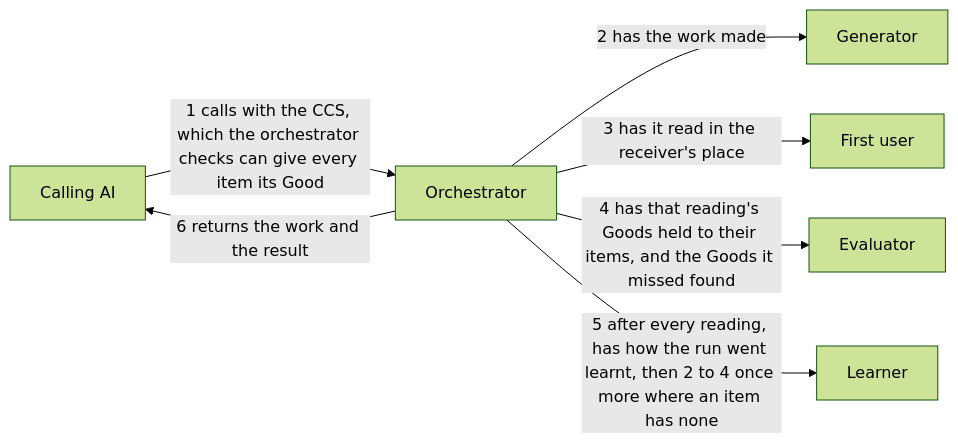
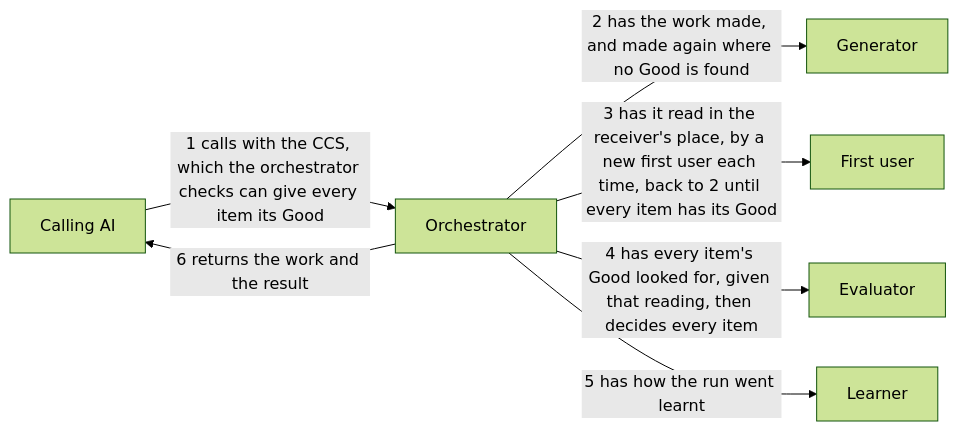
One commit to lovaizu/ccpm changed the diagram in dev/turn/design.md. Above: the diagram before and after it, drawn with Mermaid (forest theme). The commit also changed other lines of this file, not shown here.

First line of the commit message:
turn's design: the work made again until a new first user finds every item's Good, the generator kept started and sent back by message, and every item decided once

````diff
--- a/dev/turn/design.md
+++ b/dev/turn/design.md
@@ -21,15 +21,15 @@
 ```mermaid
 flowchart LR
   caller["Calling AI"]
   orch["Orchestrator"]
   gen["Generator"]
   fu["First user"]
   ev["Evaluator"]
   le["Learner"]
   caller -->|1 calls with the CCS, which the orchestrator checks can give every item its Good| orch
-  orch -->|2 has the work made| gen
-  orch -->|3 has it read in the receiver's place| fu
-  orch -->|4 has that reading's Goods held to their items, and the Goods it missed found| ev
-  orch -->|5 after every reading, has how the run went learnt, then 2 to 4 once more where an item has none| le
+  orch -->|2 has the work made, and made again where no Good is found| gen
+  orch -->|3 has it read in the receiver's place, by a new first user each time, back to 2 until every item has its Good| fu
+  orch -->|4 has every item's Good looked for, given that reading, then decides every item| ev
+  orch -->|5 has how the run went learnt| le
   orch -->|6 returns the work and the result| caller
 ```
````
